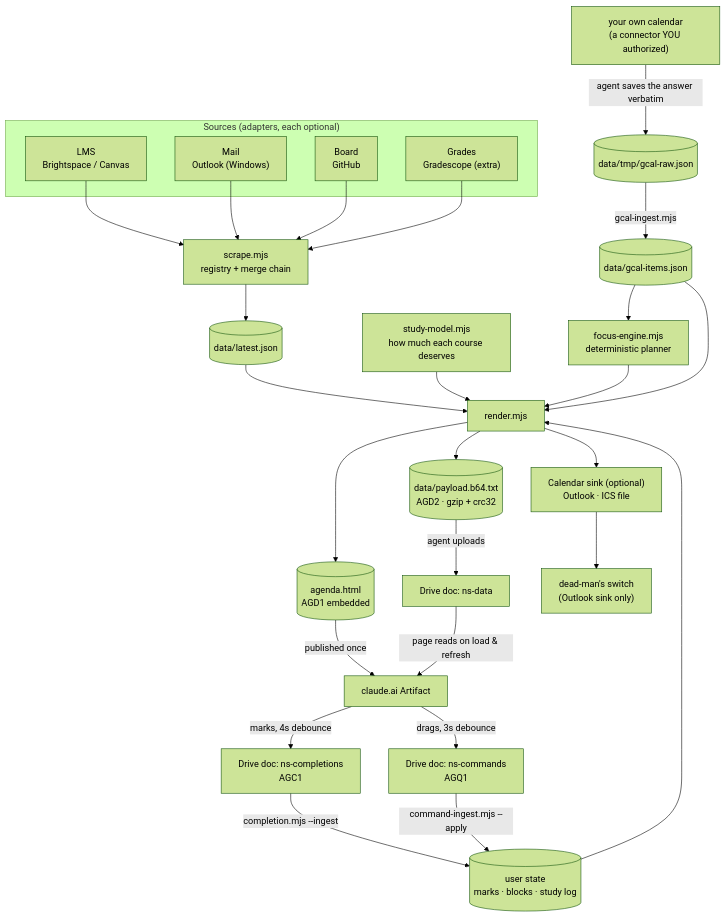
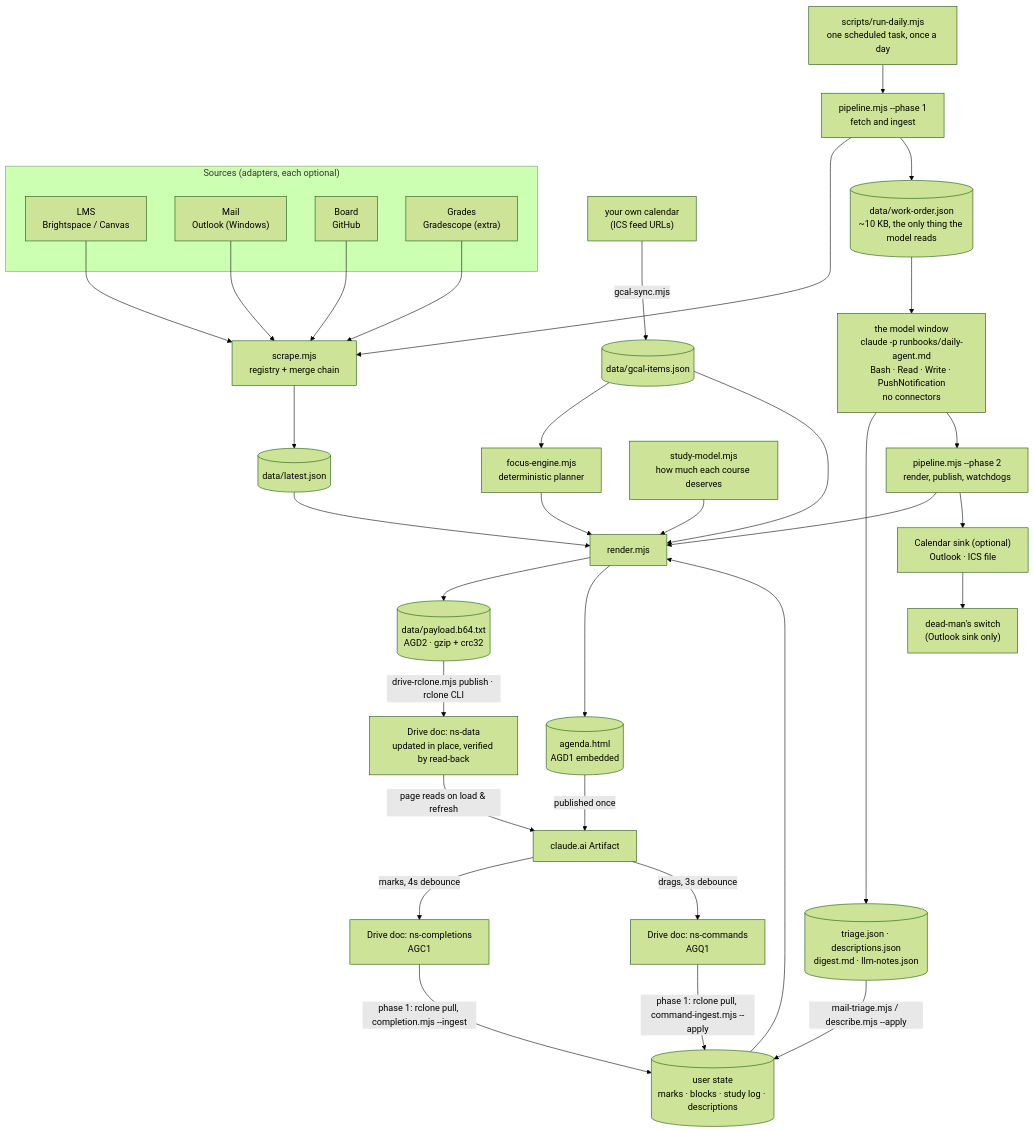
Before and after one commit to SchoolsInBeirut/fellers-agenda: the diagram in docs/ARCHITECTURE.md, drawn with Mermaid (forest theme). The commit also changed other lines of this file and 81 other files, not shown here.

````diff
--- a/docs/ARCHITECTURE.md
+++ b/docs/ARCHITECTURE.md
@@ -13,33 +13,40 @@
 ```mermaid
 flowchart TD
+  LAUNCH["scripts/run-daily.mjs<br/>one scheduled task, once a day"] --> P1
   subgraph sources["Sources (adapters, each optional)"]
     LMS["LMS<br/>Brightspace / Canvas"]
     MAIL["Mail<br/>Outlook (Windows)"]
     BOARD["Board<br/>GitHub"]
     GRADES["Grades<br/>Gradescope (extra)"]
   end
+  P1["pipeline.mjs --phase 1<br/>fetch and ingest"] --> SCRAPE
   LMS --> SCRAPE
   MAIL --> SCRAPE
   BOARD --> SCRAPE
   GRADES --> SCRAPE
   SCRAPE["scrape.mjs<br/>registry + merge chain"] --> LATEST[("data/latest.json")]
+  FEEDS["your own calendar<br/>(ICS feed URLs)"] -->|gcal-sync.mjs| GCAL[("data/gcal-items.json")]
+  P1 --> WO[("data/work-order.json<br/>~10 KB, the only thing the model reads")]
+  WO --> LLM["the model window<br/>claude -p runbooks/daily-agent.md<br/>Bash · Read · Write · PushNotification<br/>no connectors"]
+  LLM --> ANSWERS[("triage.json · descriptions.json<br/>digest.md · llm-notes.json")]
+  ANSWERS -->|mail-triage.mjs / describe.mjs --apply| STATE
+  LLM --> P2
   LATEST --> RENDER
-  STATE[("user state<br/>marks · blocks · study log")] --> RENDER
+  STATE[("user state<br/>marks · blocks · study log · descriptions")] --> RENDER
   MODEL["study-model.mjs<br/>how much each course deserves"] --> RENDER
   FOCUS["focus-engine.mjs<br/>deterministic planner"] --> RENDER
-  CAL["your own calendar<br/>(a connector YOU authorized)"] -->|agent saves the answer verbatim| RAW[("data/tmp/gcal-raw.json")]
-  RAW -->|gcal-ingest.mjs| GCAL[("data/gcal-items.json")]
   GCAL --> FOCUS
   GCAL --> RENDER
+  P2["pipeline.mjs --phase 2<br/>render, publish, watchdogs"] --> RENDER
   RENDER["render.mjs"] --> B64[("data/payload.b64.txt<br/>AGD2 · gzip + crc32")]
   RENDER --> HTML[("agenda.html<br/>AGD1 embedded")]
-  B64 -->|agent uploads| DOC["Drive doc: ns-data"]
+  B64 -->|drive-rclone.mjs publish · rclone CLI| DOC["Drive doc: ns-data<br/>updated in place, verified by read-back"]
   HTML -->|published once| PAGE["claude.ai Artifact"]
   DOC -->|page reads on load & refresh| PAGE
   PAGE -->|marks, 4s debounce| COMP["Drive doc: ns-completions<br/>AGC1"]
   PAGE -->|drags, 3s debounce| CMD["Drive doc: ns-commands<br/>AGQ1"]
-  COMP -->|completion.mjs --ingest| STATE
-  CMD -->|command-ingest.mjs --apply| STATE
-  RENDER --> SINKS["Calendar sink (optional)<br/>Outlook · ICS file"]
+  COMP -->|phase 1: rclone pull, completion.mjs --ingest| STATE
+  CMD -->|phase 1: rclone pull, command-ingest.mjs --apply| STATE
+  P2 --> SINKS["Calendar sink (optional)<br/>Outlook · ICS file"]
   SINKS --> DEADMAN["dead-man's switch<br/>(Outlook sink only)"]
 ```
````
